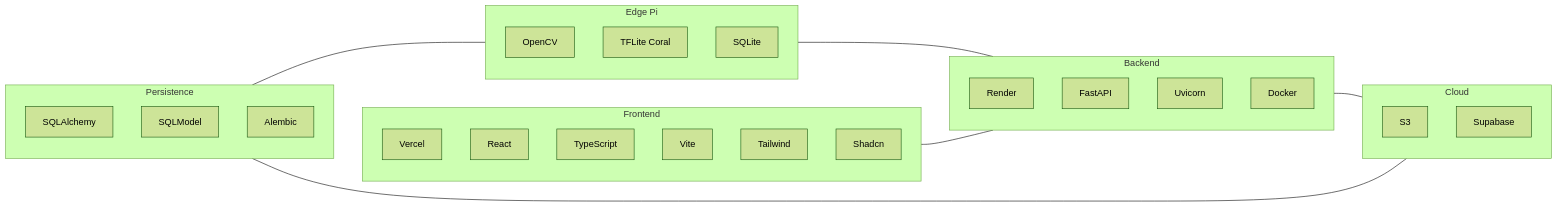
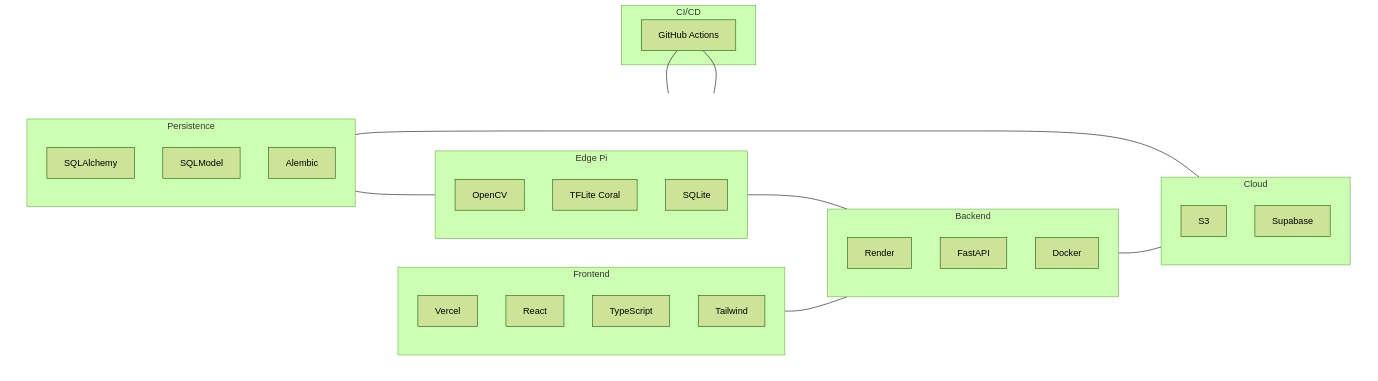
Before and after one commit to GregT7/NetraPi: the second of 2 diagrams in project_management/specs/design.md, drawn with Mermaid (forest theme). The commit also changed other lines of this file and 9 other files, not shown here.

````diff
--- a/project_management/specs/design.md
+++ b/project_management/specs/design.md
@@ -43,41 +43,47 @@
 ```mermaid
-flowchart LR
-  subgraph edge [Edge Pi]
-    direction TB
-    Capture[OpenCV]
-    Detect[TFLite Coral]
-    LocalDb[SQLite]
+flowchart TB
+  subgraph cicd [CI/CD]
+    GHA[GitHub Actions]
   end
-  subgraph schema [Persistence]
-    direction TB
-    Sqla[SQLAlchemy]
-    Sqlm[SQLModel]
-    Alembic[Alembic]
+  subgraph stack[" "]
+    direction LR
+    subgraph edge [Edge Pi]
+      direction TB
+      Capture[OpenCV]
+      Detect[TFLite Coral]
+      LocalDb[SQLite]
+    end
+    subgraph schema [Persistence]
+      direction TB
+      Sqla[SQLAlchemy]
+      Sqlm[SQLModel]
+      Alembic[Alembic]
+    end
+    subgraph backend [Backend]
+      direction TB
+      Render[Render]
+      Api[FastAPI]
+      Dock[Docker]
+    end
+    subgraph cloud [Cloud]
+      direction TB
+      S3[S3]
+      Supabase[Supabase]
+    end
+    subgraph frontend [Frontend]
+      direction TB
+      Vercel[Vercel]
+      Spa[React]
+      Ts[TypeScript]
+      Tw[Tailwind]
+    end
   end
-  subgraph backend [Backend]
-    direction TB
-    Render[Render]
-    Api[FastAPI]
-    Uvicorn[Uvicorn]
-    Dock[Docker]
-  end
-  subgraph cloud [Cloud]
-    direction TB
-    S3[S3]
-    Supabase[Supabase]
-  end
-  subgraph frontend [Frontend]
-    direction TB
-    Vercel[Vercel]
-    Spa[React]
-    Ts[TypeScript]
-    Vite[Vite]
-    Tw[Tailwind]
-    Shad[Shadcn]
-  end
+  GHA --- Render
+  GHA --- Vercel
   edge --- backend
   backend --- cloud
   frontend --- backend
   schema --- edge
   schema --- cloud
+  style stack fill:none,stroke:none
 ```
````
